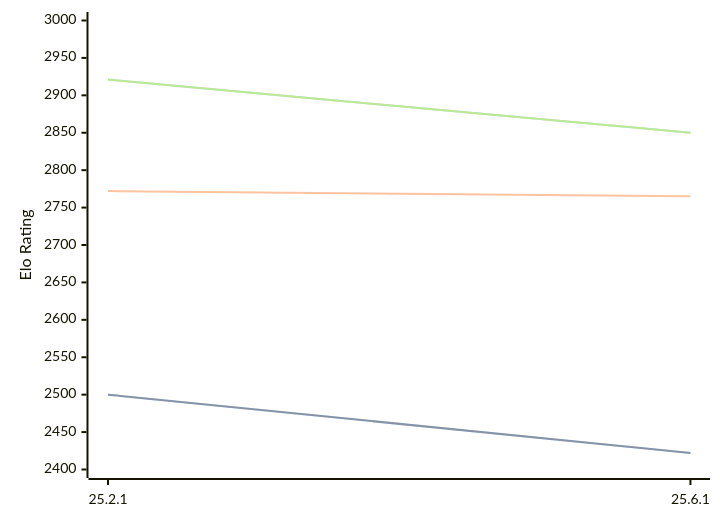
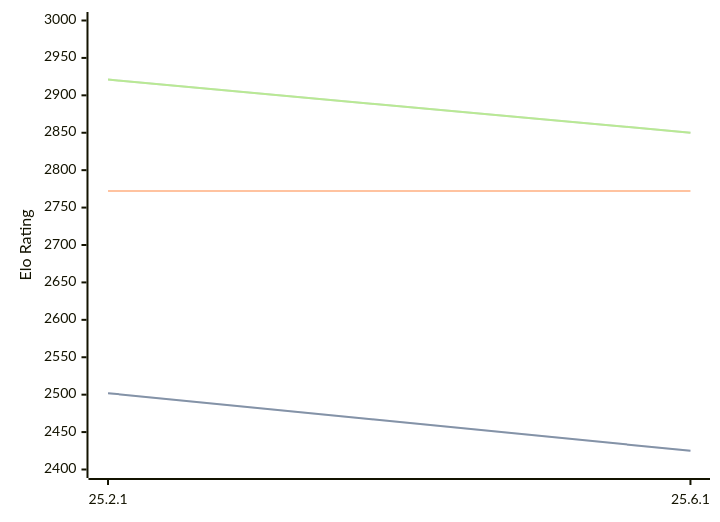
Before and after one commit to computer-chess-index/cci: the first of 3 diagrams in engines/Crafty.md, drawn with Mermaid. The commit also changed other lines of this file, not shown here.

````diff
--- a/engines/Crafty.md
+++ b/engines/Crafty.md
@@ -32,11 +32,11 @@
 ```mermaid
 %%{init: {"theme":"base","themeVariables":{"seriesColors:['#a3a3a3','#222221','#faa371']}}}%%
 xychart-beta
   x-axis ["25.2.1", "25.6.1"]
   y-axis "Elo Rating" 2400 --> 3000
-  line "STC (8.0+0.08s)" [2500, 2422]
-  line "STC (8.0+0.08s)" [2500, 2422]
-  line "LTC (60.0+0.60s)" [2772, 2765]
+  line "STC (8.0+0.08s)" [2502, 2425]
+  line "STC (8.0+0.08s)" [2502, 2425]
+  line "LTC (60.0+0.60s)" [2772, 2772]
   line "VLTC (2m24s+1.12s)" [2921, 2850]
   line "VLTC (2m24s+1.12s)" [2921, 2850]
 ```
````
